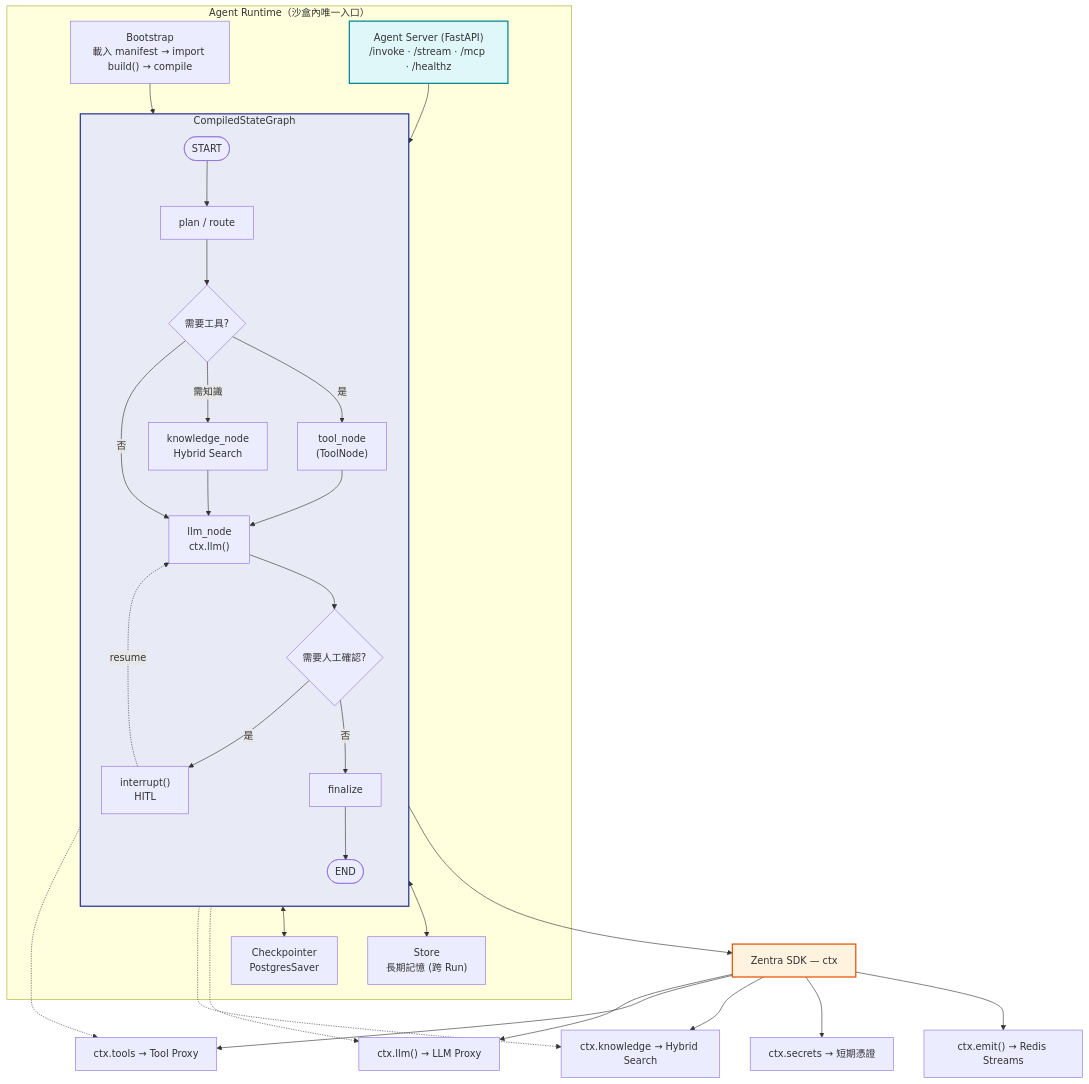
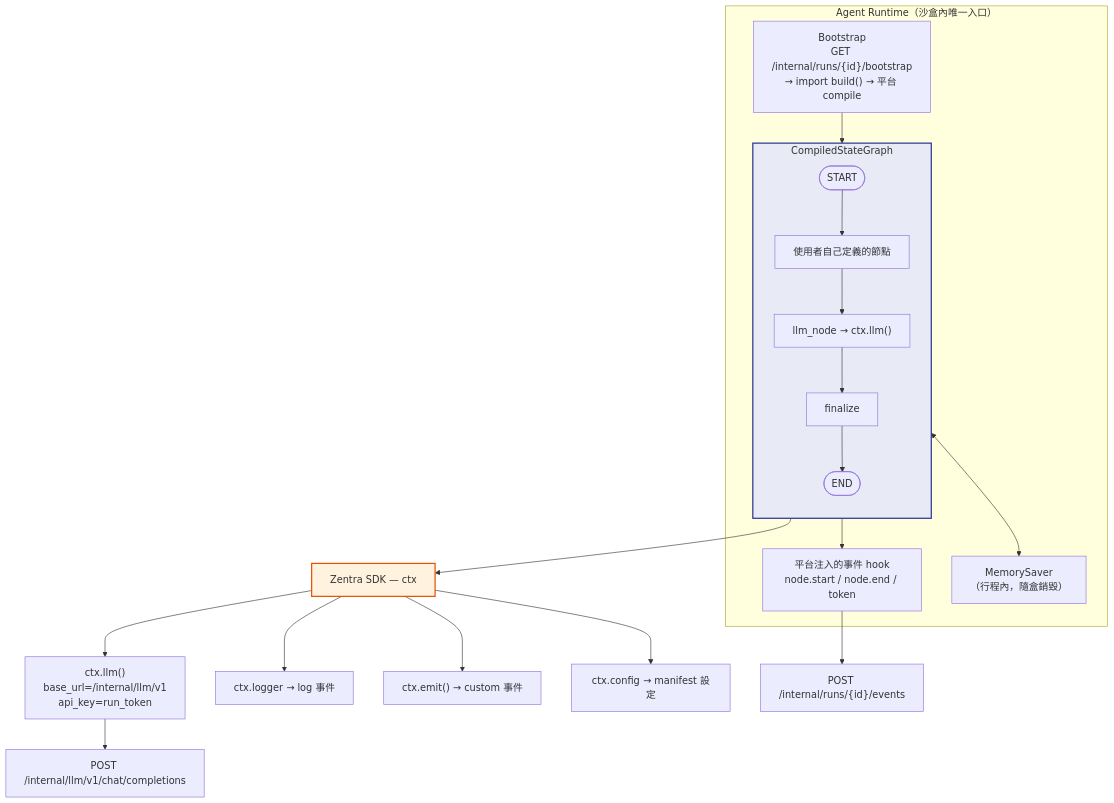
One commit to william9998/Zentra changed the eighth of 11 diagrams in docs/architecture/detailed-architecture.md. Above: the diagram before and after it, drawn with Mermaid. The commit also changed other lines of this file and 50 other files, not shown here.

````diff
--- a/docs/architecture/detailed-architecture.md
+++ b/docs/architecture/detailed-architecture.md
@@ -455,50 +373,33 @@
 ```mermaid
 graph TB
     subgraph RT["Agent Runtime（沙盒內唯一入口）"]
-        BOOT["Bootstrap<br/>載入 manifest → import build() → compile"]
+        BOOT["Bootstrap<br/>GET /internal/runs/{id}/bootstrap<br/>→ import build() → 平台 compile"]
         subgraph GRAPH["CompiledStateGraph"]
             direction TB
             N0(["START"])
-            N1["plan / route"]
-            N2{"需要工具?"}
-            N3["tool_node<br/>(ToolNode)"]
-            N4["knowledge_node<br/>Hybrid Search"]
-            N5["llm_node<br/>ctx.llm()"]
-            N6{"需要人工確認?"}
-            N7["interrupt()<br/>HITL"]
-            N8["finalize"]
+            N1["使用者自己定義的節點"]
+            N2["llm_node → ctx.llm()"]
+            N3["finalize"]
             N9(["END"])
-            N0 --> N1 --> N2
-            N2 -->|是| N3 --> N5
-            N2 -->|需知識| N4 --> N5
-            N2 -->|否| N5
-            N5 --> N6
-            N6 -->|是| N7 -.resume.-> N5
-            N6 -->|否| N8 --> N9
+            N0 --> N1 --> N2 --> N3 --> N9
         end
-        CKPT["Checkpointer<br/>PostgresSaver"]
-        STORE["Store<br/>長期記憶 (跨 Run)"]
-        SRV["Agent Server (FastAPI)<br/>/invoke · /stream · /mcp · /healthz"]
+        HOOK["平台注入的事件 hook<br/>node.start / node.end / token"]
+        MEM["MemorySaver<br/>（行程內，隨盒銷毀）"]
     end
 
     SDK["Zentra SDK — ctx"]
-    SDK --> T1["ctx.llm() → LLM Proxy"]
-    SDK --> T2["ctx.tools → Tool Proxy"]
-    SDK --> T3["ctx.knowledge → Hybrid Search"]
-    SDK --> T4["ctx.secrets → 短期憑證"]
-    SDK --> T5["ctx.emit() → Redis Streams"]
+    SDK --> T1["ctx.llm()<br/>base_url=/internal/llm/v1<br/>api_key=run_token"]
+    SDK --> T2["ctx.logger → log 事件"]
+    SDK --> T3["ctx.emit() → custom 事件"]
+    SDK --> T4["ctx.config → manifest 設定"]
 
     BOOT --> GRAPH
-    GRAPH <--> CKPT
-    GRAPH <--> STORE
+    GRAPH --> HOOK
+    GRAPH <--> MEM
     GRAPH --> SDK
-    SRV --> GRAPH
-
-    N3 -.-> T2
-    N4 -.-> T3
-    N5 -.-> T1
+    HOOK --> OUT["POST /internal/runs/{id}/events"]
+    T1 --> OUT2["POST /internal/llm/v1/chat/completions"]
 
     style GRAPH fill:#e8eaf6,stroke:#283593,stroke-width:2px
     style SDK fill:#fff3e0,stroke:#e65100,stroke-width:2px
-    style SRV fill:#e0f7fa,stroke:#00838f,stroke-width:2px
 ```
````
